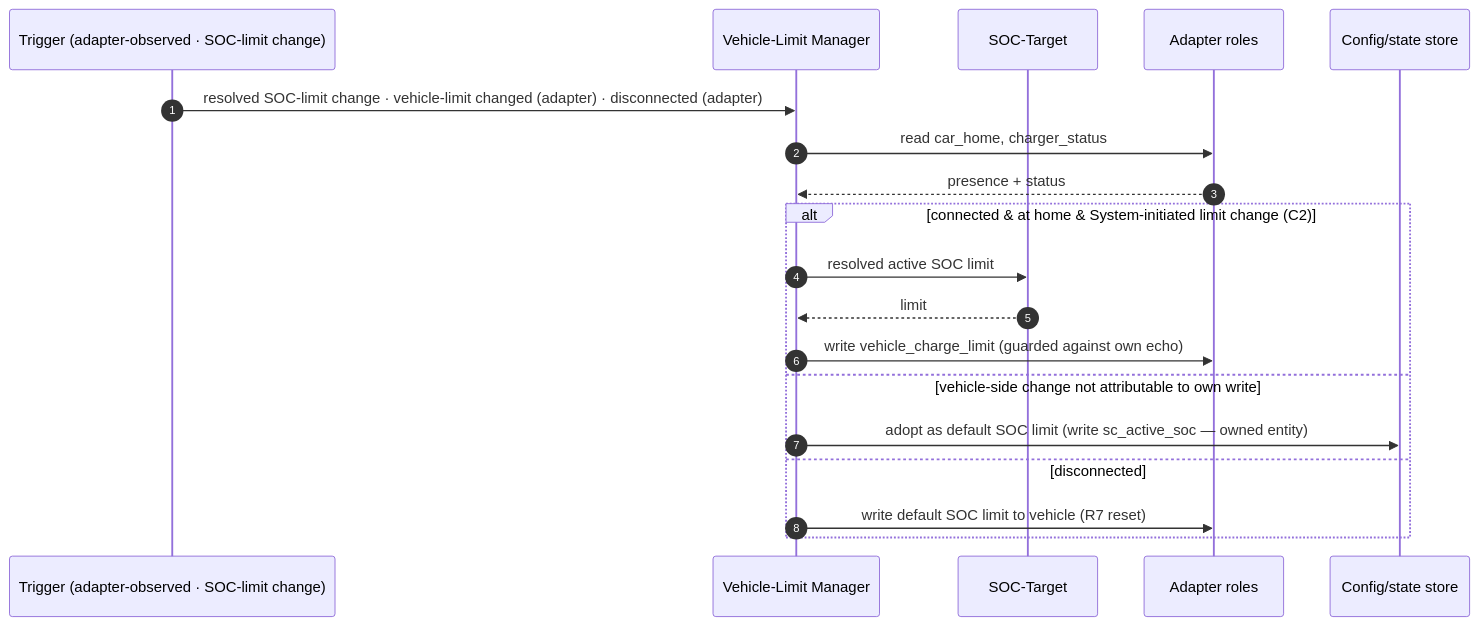
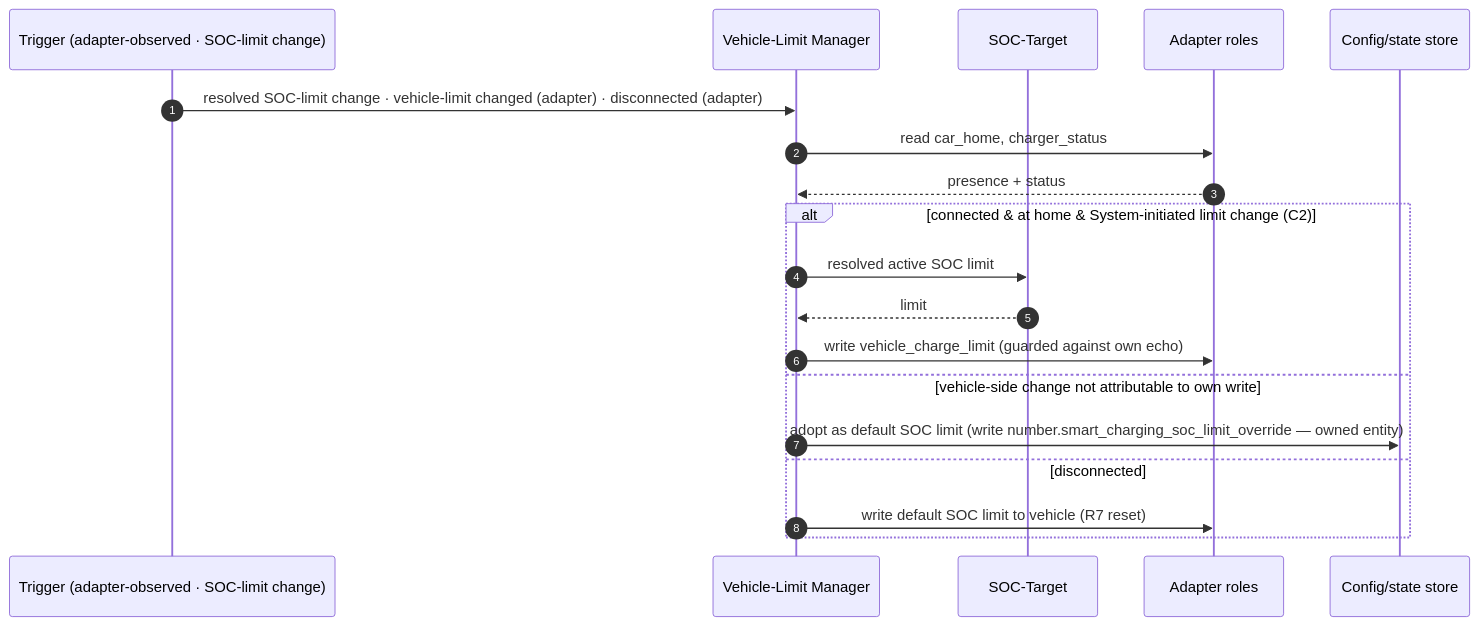
One commit to kristofdegrave/homeassistant-smart-charging changed the third of 4 diagrams in docs/design/system-design.md. Above: the diagram before and after it, drawn with Mermaid. The commit also changed other lines of this file and 1 other file, not shown here.

````diff
--- a/docs/design/system-design.md
+++ b/docs/design/system-design.md
@@ -356,22 +357,22 @@
 ```mermaid
 sequenceDiagram
     autonumber
     participant Ev as Trigger (adapter-observed · SOC-limit change)
     participant V as Vehicle-Limit Manager
     participant SOC as SOC-Target
     participant A as Adapter roles
     participant S as Config/state store
 
     Ev->>V: resolved SOC-limit change · vehicle-limit changed (adapter) · disconnected (adapter)
     V->>A: read car_home, charger_status
     A-->>V: presence + status
     alt connected & at home & System-initiated limit change (C2)
         V->>SOC: resolved active SOC limit
         SOC-->>V: limit
         V->>A: write vehicle_charge_limit (guarded against own echo)
     else vehicle-side change not attributable to own write
-        V->>S: adopt as default SOC limit (write sc_active_soc — owned entity)
+        V->>S: adopt as default SOC limit (write number.smart_charging_soc_limit_override — owned entity)
     else disconnected
         V->>A: write default SOC limit to vehicle (R7 reset)
     end
 ```
````
